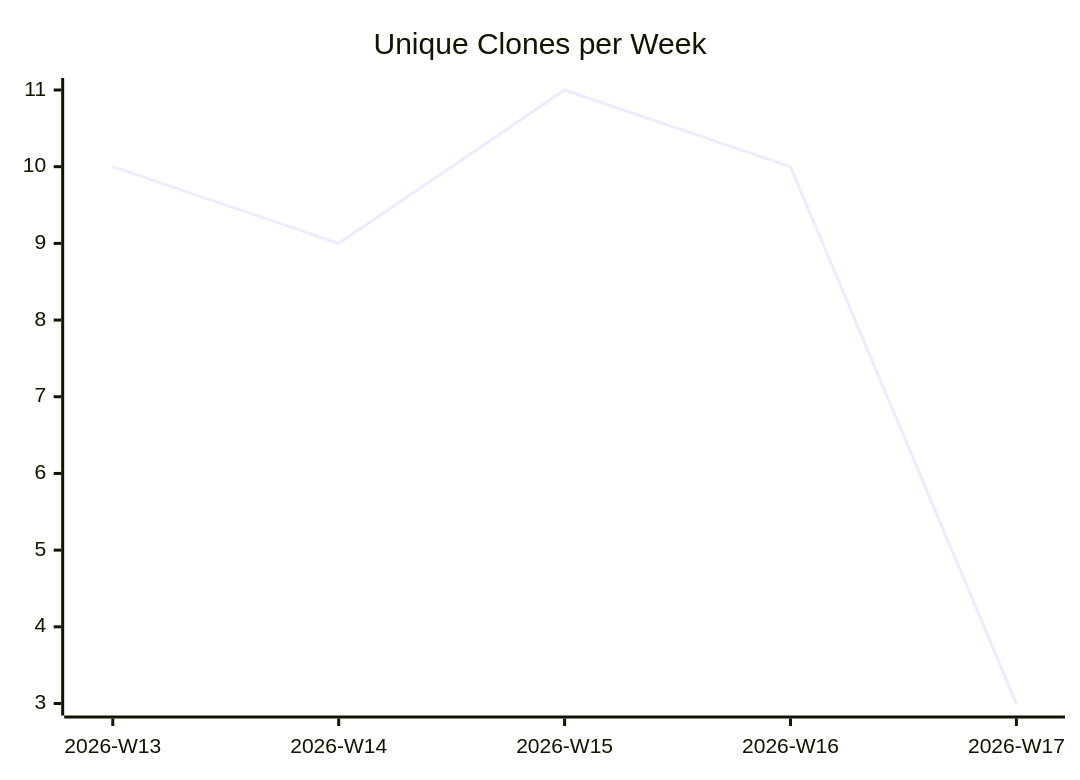
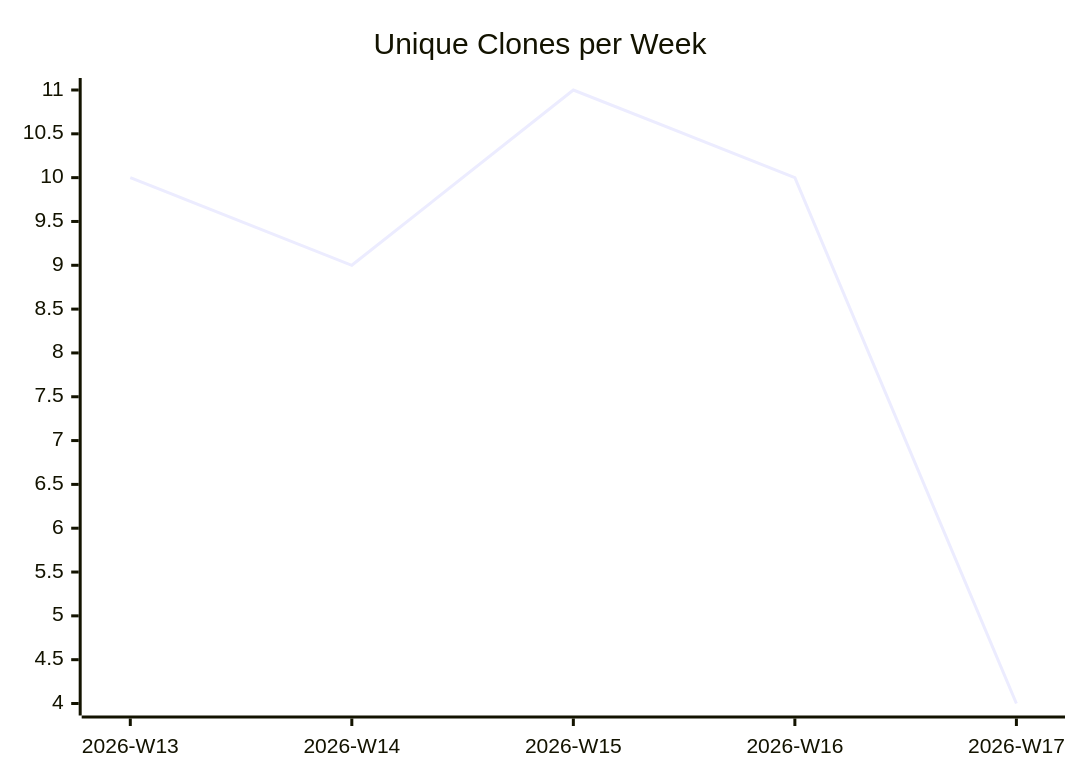
Before and after one commit to justdavis-family/github-analytics-data: the third of 3 diagrams in karlmdavis/usgs-water-api-java/README.md, drawn with Mermaid. The commit also changed other lines of this file and 191 other files, not shown here.

````diff
--- a/karlmdavis/usgs-water-api-java/README.md
+++ b/karlmdavis/usgs-water-api-java/README.md
@@ -19,6 +19,6 @@
 ```mermaid
 xychart-beta
   title "Unique Clones per Week"
   x-axis ["2026-W13", "2026-W14", "2026-W15", "2026-W16", "2026-W17"]
-  line [10, 9, 11, 10, 3]
+  line [10, 9, 11, 10, 4]
 ```
````
